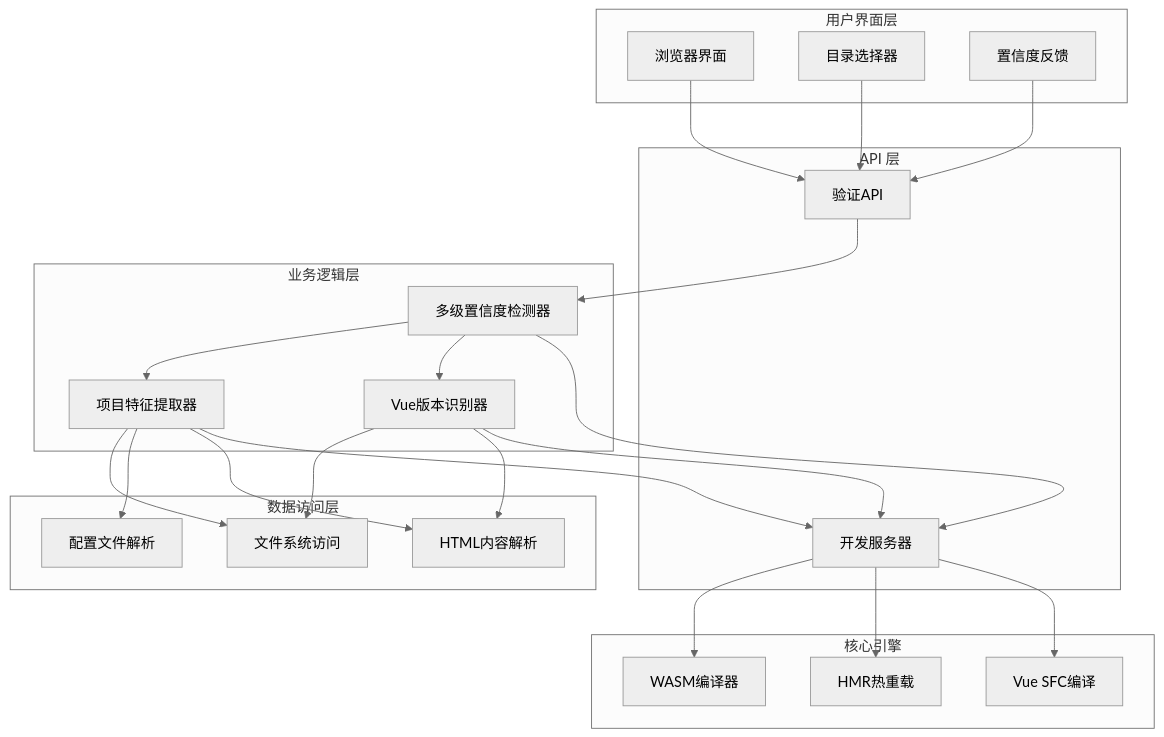
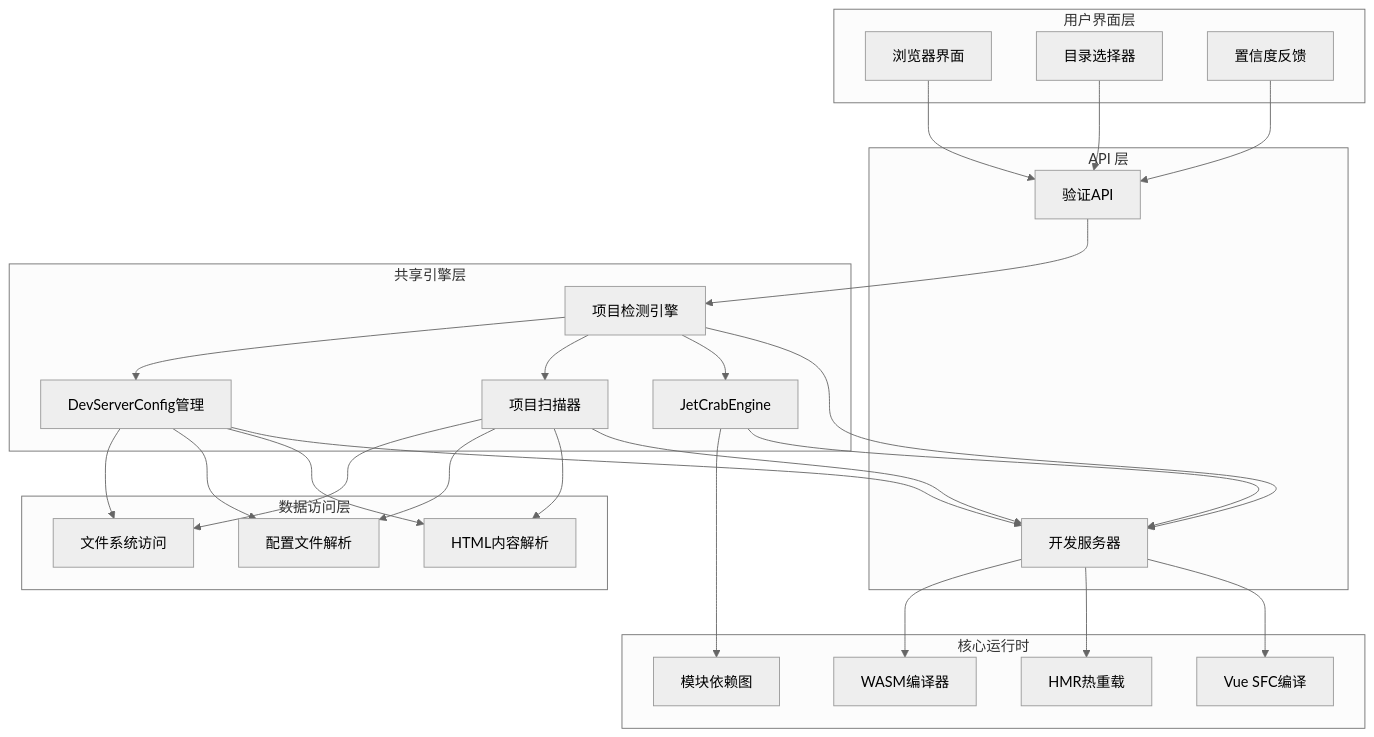
One commit to itszzl-sudo/iris changed the third of 10 diagrams in .qoder/repowiki/zh/content/核心功能特性/Vue项目检测功能指南.md. Above: the diagram before and after it, drawn with Mermaid (neutral theme). The commit also changed other lines of this file and 23 other files, not shown here.

````diff
--- a/.qoder/repowiki/zh/content/核心功能特性/Vue项目检测功能指南.md
+++ b/.qoder/repowiki/zh/content/核心功能特性/Vue项目检测功能指南.md
@@ -143,44 +158,50 @@
 ```mermaid
 graph TB
 subgraph "用户界面层"
 A[浏览器界面]
 B[目录选择器]
 C[置信度反馈]
 end
 subgraph "API 层"
 D[验证API]
 E[开发服务器]
 end
-subgraph "业务逻辑层"
-F[多级置信度检测器]
-G[项目特征提取器]
-H[Vue版本识别器]
+subgraph "共享引擎层"
+F[项目检测引擎]
+G[DevServerConfig管理]
+H[项目扫描器]
+I[JetCrabEngine]
 end
 subgraph "数据访问层"
-I[文件系统访问]
-J[配置文件解析]
-K[HTML内容解析]
+J[文件系统访问]
+K[配置文件解析]
+L[HTML内容解析]
 end
-subgraph "核心引擎"
-L[WASM编译器]
-M[HMR热重载]
-N[Vue SFC编译]
+subgraph "核心运行时"
+M[WASM编译器]
+N[HMR热重载]
+O[Vue SFC编译]
+P[模块依赖图]
 end
 A --> D
 B --> D
 C --> D
 D --> F
 F --> G
 F --> H
-G --> I
+F --> I
 G --> J
 G --> K
-H --> I
+G --> L
+H --> J
 H --> K
-E --> L
+H --> L
+I --> P
 E --> M
 E --> N
+E --> O
 F --> E
 G --> E
 H --> E
+I --> E
 ```
````
